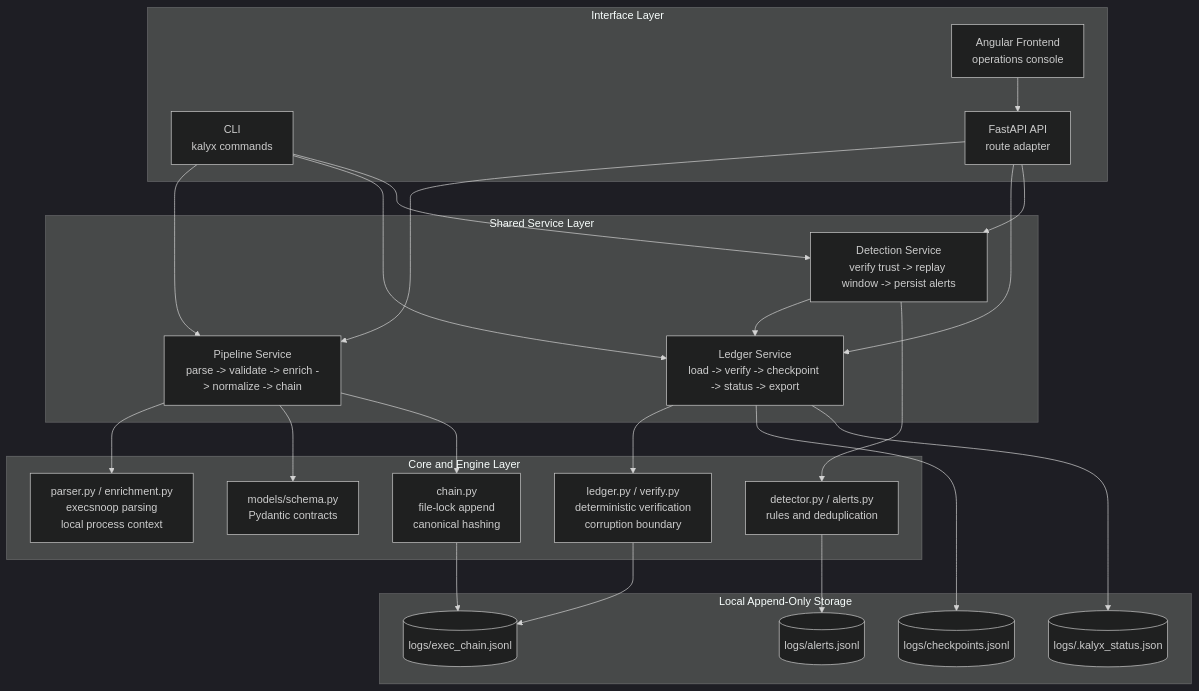
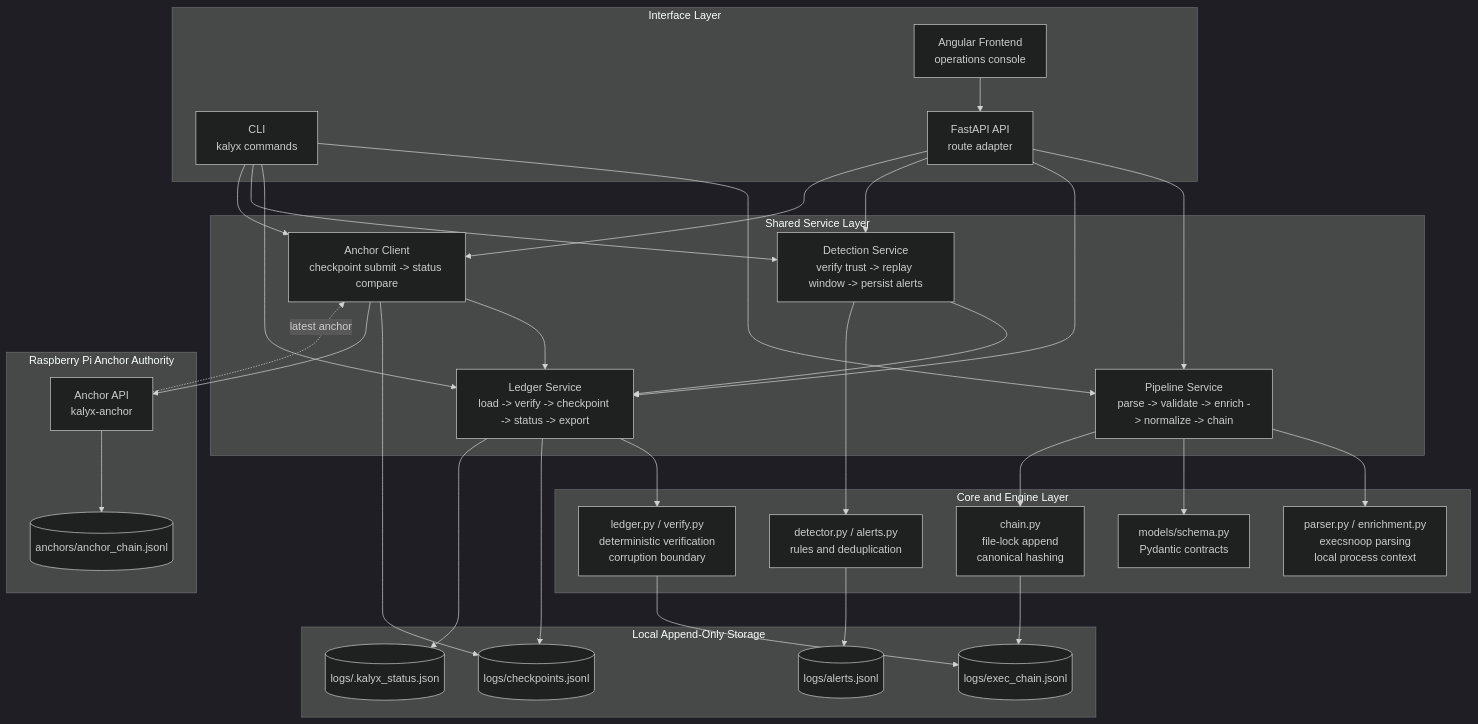
The first of 3 diagrams in docs/ARCHITECTURE.md (parthrohit22/kalyx), drawn with Mermaid (dark theme) before and after one commit. The commit also changed other lines of this file and 7 other files, not shown here.

````diff
--- a/docs/ARCHITECTURE.md
+++ b/docs/ARCHITECTURE.md
@@ -7,52 +7,66 @@
 ```mermaid
 flowchart TD
     subgraph InterfaceLayer["Interface Layer"]
         CLI["CLI<br/>kalyx commands"]
         API["FastAPI API<br/>route adapter"]
         Frontend["Angular Frontend<br/>operations console"]
     end
 
     subgraph ServiceLayer["Shared Service Layer"]
         Pipeline["Pipeline Service<br/>parse -> validate -> enrich -> normalize -> chain"]
         Ledger["Ledger Service<br/>load -> verify -> checkpoint -> status -> export"]
         Detection["Detection Service<br/>verify trust -> replay window -> persist alerts"]
+        AnchorClient["Anchor Client<br/>checkpoint submit -> status compare"]
     end
 
     subgraph CoreLayer["Core and Engine Layer"]
         Chain["chain.py<br/>file-lock append<br/>canonical hashing"]
         Verify["ledger.py / verify.py<br/>deterministic verification<br/>corruption boundary"]
         Rules["detector.py / alerts.py<br/>rules and deduplication"]
         Engine["parser.py / enrichment.py<br/>execsnoop parsing<br/>local process context"]
         Schemas["models/schema.py<br/>Pydantic contracts"]
     end
 
     subgraph Storage["Local Append-Only Storage"]
         ExecLedger[("logs/exec_chain.jsonl")]
         Checkpoints[("logs/checkpoints.jsonl")]
         AlertLog[("logs/alerts.jsonl")]
         StatusFile[("logs/.kalyx_status.json")]
     end
 
+    subgraph ExternalAnchor["Raspberry Pi Anchor Authority"]
+        AnchorAPI["Anchor API<br/>kalyx-anchor"]
+        AnchorChain[("anchors/anchor_chain.jsonl")]
+    end
+
     CLI --> Pipeline
     API --> Pipeline
     Frontend --> API
 
     CLI --> Ledger
     API --> Ledger
     CLI --> Detection
     API --> Detection
+    CLI --> AnchorClient
+    API --> AnchorClient
 
     Pipeline --> Engine
     Pipeline --> Schemas
     Pipeline --> Chain
     Chain --> ExecLedger
 
     Ledger --> Verify
     Verify --> ExecLedger
     Ledger --> Checkpoints
     Ledger --> StatusFile
 
     Detection --> Ledger
     Detection --> Rules
     Rules --> AlertLog
+
+    AnchorClient --> Ledger
+    AnchorClient --> Checkpoints
+    AnchorClient --> AnchorAPI
+    AnchorAPI --> AnchorChain
+    AnchorAPI -. latest anchor .-> AnchorClient
 ```
````
